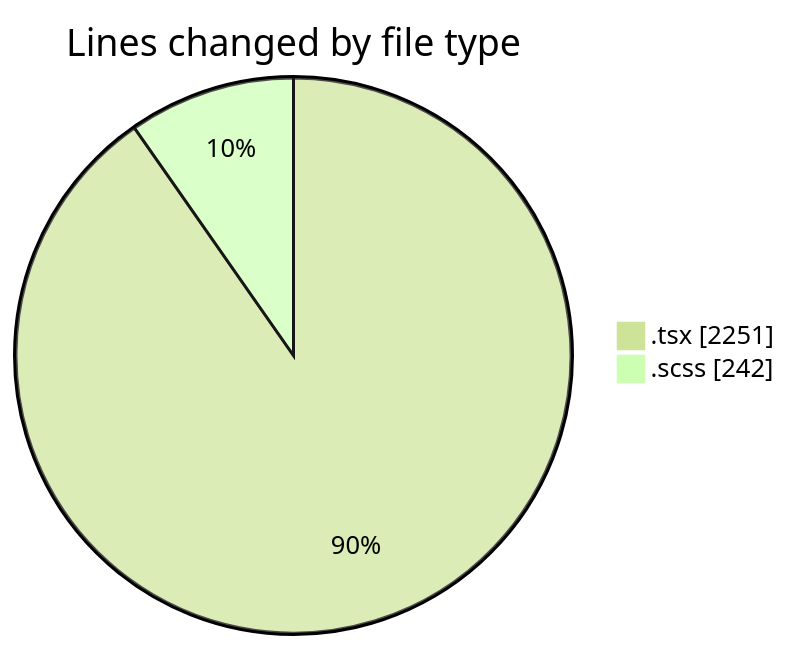
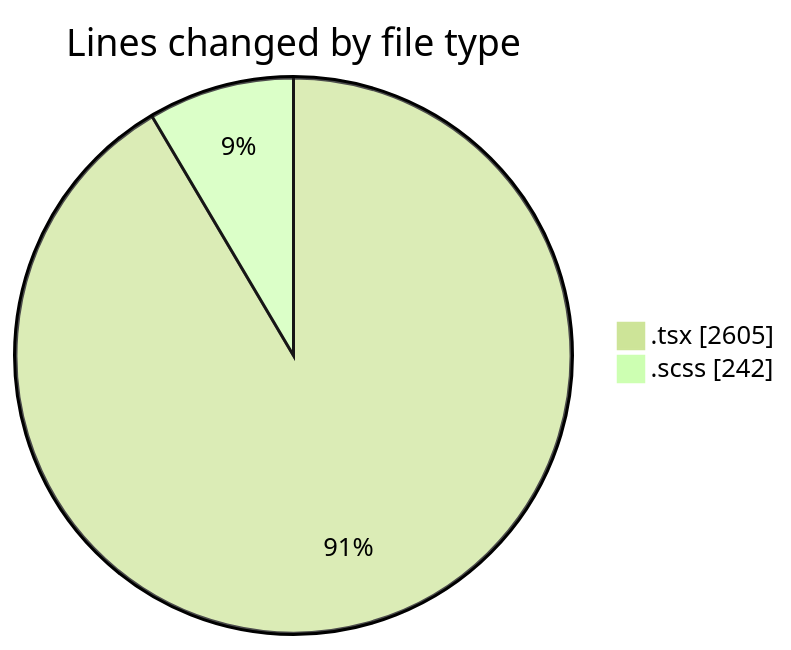
Before and after one commit to momahboobian/code-tracking: the first of 2 diagrams in 2025-07-03/cda/README.md, drawn with Mermaid (forest theme). The commit also changed other lines of this file and 1 other file, not shown here.

````diff
--- a/2025-07-03/cda/README.md
+++ b/2025-07-03/cda/README.md
@@ -31,6 +33,6 @@
 ```mermaid
 pie showData
 title Lines changed by file type
-".tsx" : 2251
+".tsx" : 2605
 ".scss" : 242
 ```
````
